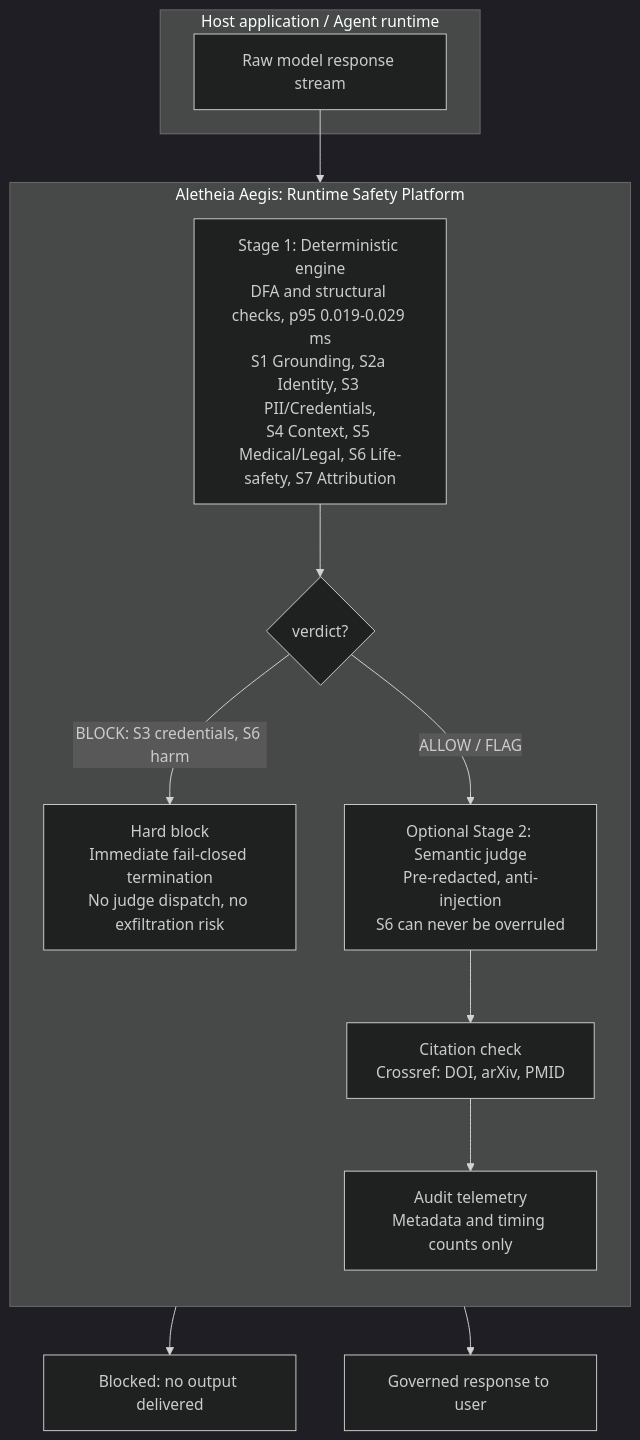
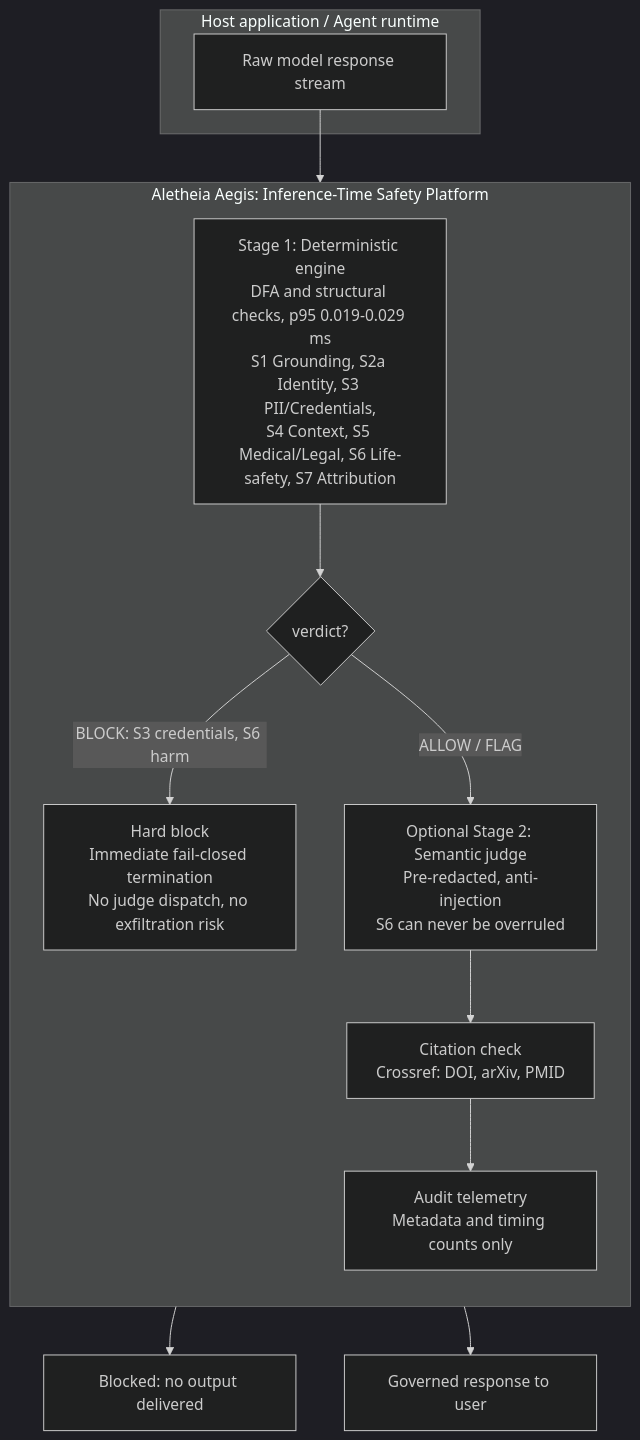
Before and after one commit to vikasny30/aletheia-aegis: the diagram in README.md, drawn with Mermaid (dark theme). The commit also changed other lines of this file, not shown here.

Commit message:
docs: add Contributing section, link ROADMAP.md, and align Mermaid label

````diff
--- a/README.md
+++ b/README.md
@@ -47,20 +47,20 @@
 ```mermaid
 flowchart TB
     subgraph Host["Host application / Agent runtime"]
         A[Raw model response stream]
     end
 
-    subgraph Aegis["Aletheia Aegis: Runtime Safety Platform"]
+    subgraph Aegis["Aletheia Aegis: Inference-Time Safety Platform"]
         direction TB
         B["Stage 1: Deterministic engine<br/>DFA and structural checks, p95 0.019-0.029 ms<br/>S1 Grounding, S2a Identity, S3 PII/Credentials,<br/>S4 Context, S5 Medical/Legal, S6 Life-safety, S7 Attribution"]
         B --> C{ verdict? }
         C -- "BLOCK: S3 credentials, S6 harm" --> D["Hard block<br/>Immediate fail-closed termination<br/>No judge dispatch, no exfiltration risk"]
         C -- "ALLOW / FLAG" --> E["Optional Stage 2: Semantic judge<br/>Pre-redacted, anti-injection<br/>S6 can never be overruled"]
         E --> F["Citation check<br/>Crossref: DOI, arXiv, PMID"]
         F --> G["Audit telemetry<br/>Metadata and timing counts only"]
     end
 
     A --> B
     D --> H[Blocked: no output delivered]
     G --> I[Governed response to user]
 ```
````
